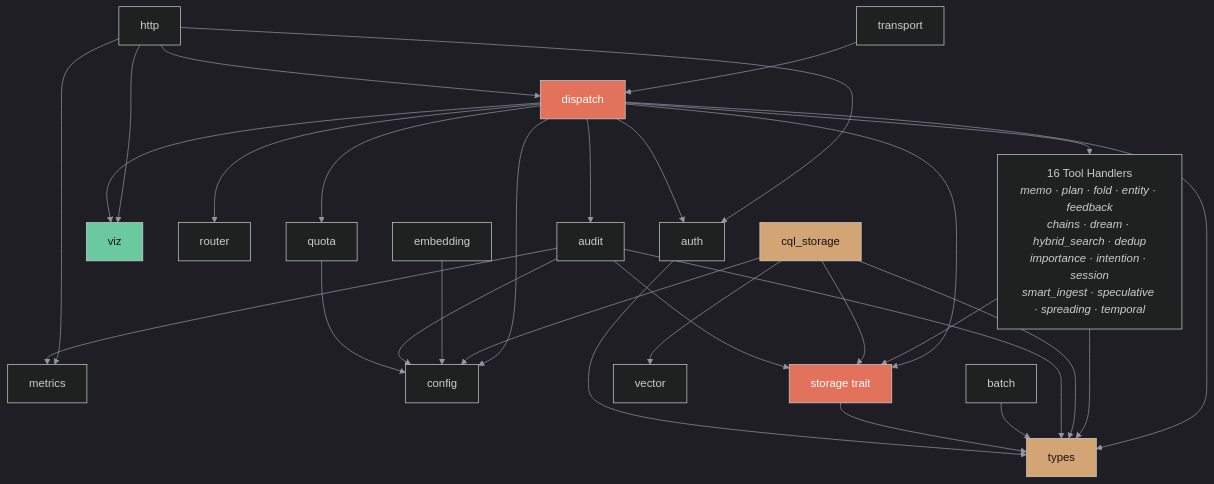
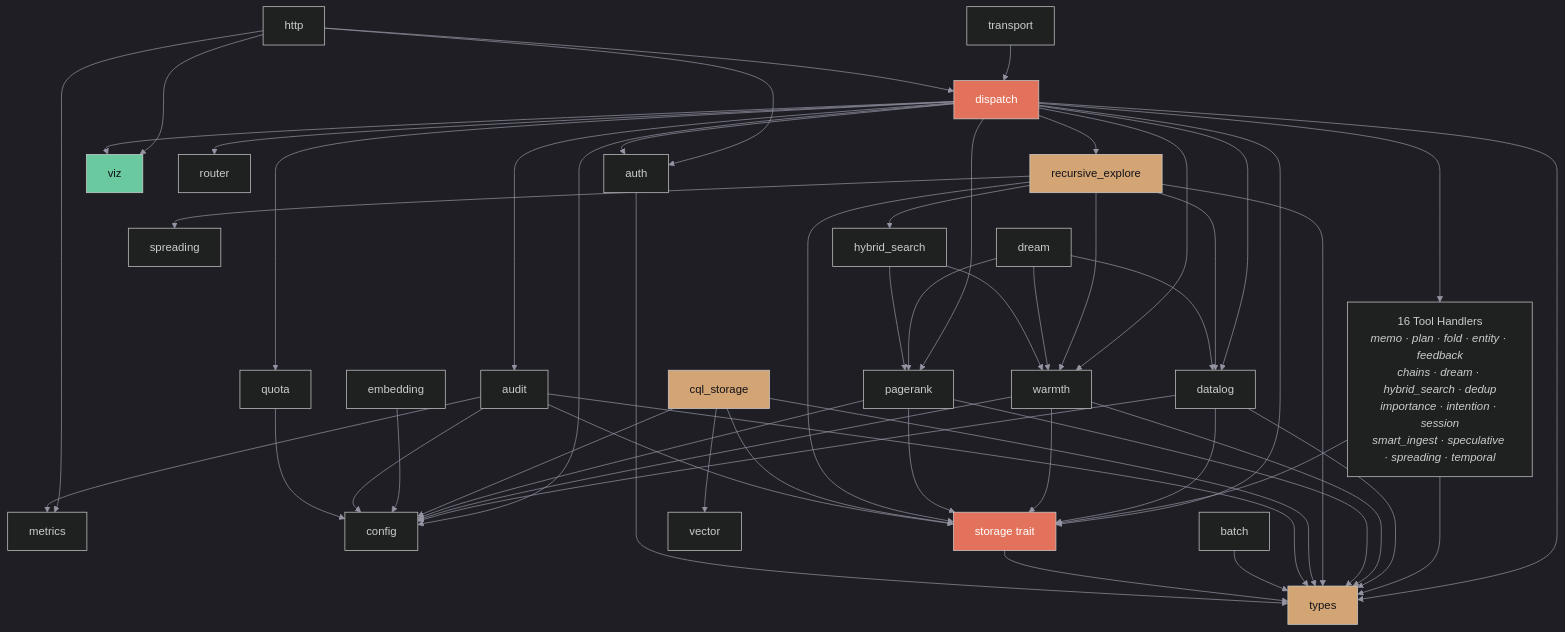
The diagram in specs/dsm-analysis.md (ferrosadb/ferrosa-memory), drawn with Mermaid before and after one commit. The commit also changed other lines of this file and 27 other files, not shown here.

First line of the commit message:
feat: Sprint 5 — Recursive Memory Harness + Datalog Graph Inference

````diff
--- a/specs/dsm-analysis.md
+++ b/specs/dsm-analysis.md
@@ -118,50 +131,82 @@
 ```mermaid
 %%{init: {'theme':'dark','themeVariables':{'primaryColor':'#16161f','primaryTextColor':'#e8e8ed','primaryBorderColor':'#e2725b','lineColor':'#9494a3','secondaryColor':'#1c1c28','tertiaryColor':'#111118','clusterBkg':'#111118','clusterBorder':'#1e1e2a','edgeLabelBackground':'#111118','nodeTextColor':'#e8e8ed'}}}%%
 graph TD
     %% Protocol layer
     M1[transport] --> M2[dispatch]
     M30[http] --> M2
     M30 --> M3[auth]
     M30 --> M14[metrics]
     M30 --> M34[viz]
 
     %% Dispatch — mega-hub fans out to all handlers
     M2 --> M3
     M2 --> M4[router]
     M2 --> TH
     M2 --> M15[audit]
     M2 --> M18[config]
     M2 --> M29[storage trait]
     M2 --> M31[quota]
     M2 --> M32[types]
     M2 --> M34
+    M2 --> M35[datalog]
+    M2 --> M36[warmth]
+    M2 --> M37[pagerank]
+    M2 --> M38[recursive_explore]
 
     %% 16 tool handlers collapsed — each depends on storage + types
     TH["16 Tool Handlers<br/><i>memo · plan · fold · entity · feedback<br/>chains · dream · hybrid_search · dedup<br/>importance · intention · session<br/>smart_ingest · speculative · spreading · temporal</i>"]
     TH --> M29
     TH --> M32
+
+    %% Inference & Cognitive cluster
+    M35 --> M29
+    M35 --> M32
+    M35 --> M18
+    M36 --> M29
+    M36 --> M32
+    M36 --> M18
+    M37 --> M29
+    M37 --> M32
+    M37 --> M18
+    M38 --> M29
+    M38 --> M32
+    M38 --> M35
+    M38 --> M36
+    M38 --> M21[hybrid_search]
+    M38 --> M27[spreading]
+
+    %% dream depends on new inference modules
+    M20[dream] --> M35
+    M20 --> M36
+    M20 --> M37
+
+    %% hybrid_search depends on warmth + pagerank signals
+    M21 --> M36
+    M21 --> M37
 
     %% Infrastructure
     M10[cql_storage] --> M18
     M10 --> M29
     M10 --> M32
     M10 --> M33[vector]
     M13[embedding] --> M18
     M15 --> M14
     M15 --> M18
     M15 --> M29
     M15 --> M32
     M16[batch] --> M32
     M29 --> M32
     M31 --> M18
     M3 --> M32
 
     %% High fan-in/fan-out (terracotta)
     style M2 fill:#e2725b,color:#fff
     style M29 fill:#e2725b,color:#fff
     %% Medium fan-in (copper)
     style M32 fill:#d4a574,color:#111118
     style M10 fill:#d4a574,color:#111118
+    %% High fan-out orchestration (amber)
+    style M38 fill:#d4a574,color:#111118
     %% Low complexity (verdigris)
     style M34 fill:#6bc9a0,color:#111118
 ```
````
